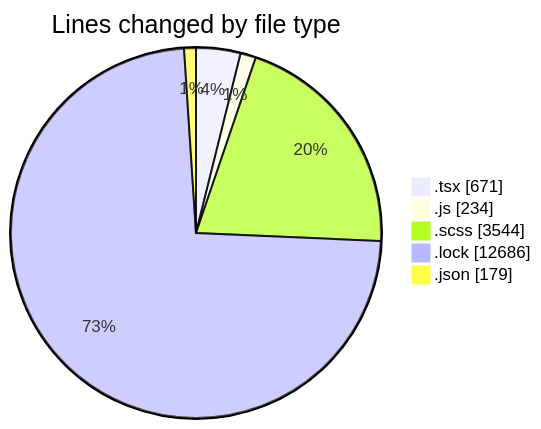
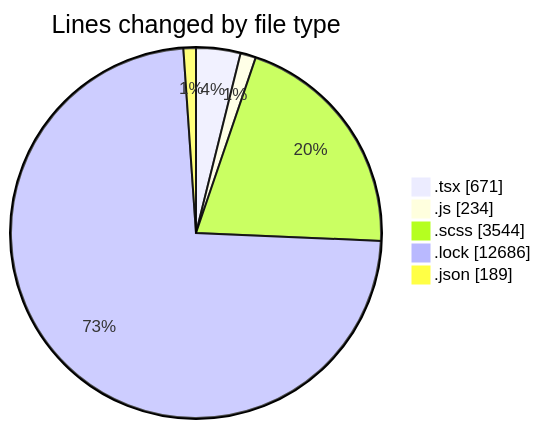
The first of 2 diagrams in 2026-01-22/cda-web-components/README.md (momahboobian/code-tracking), drawn with Mermaid before and after one commit. The commit also changed other lines of this file and 1 other file, not shown here.

````diff
--- a/2026-01-22/cda-web-components/README.md
+++ b/2026-01-22/cda-web-components/README.md
@@ -56,9 +56,9 @@
 ```mermaid
 pie showData
 title Lines changed by file type
 ".tsx" : 671
 ".js" : 234
 ".scss" : 3544
 ".lock" : 12686
-".json" : 179
+".json" : 189
 ```
````
